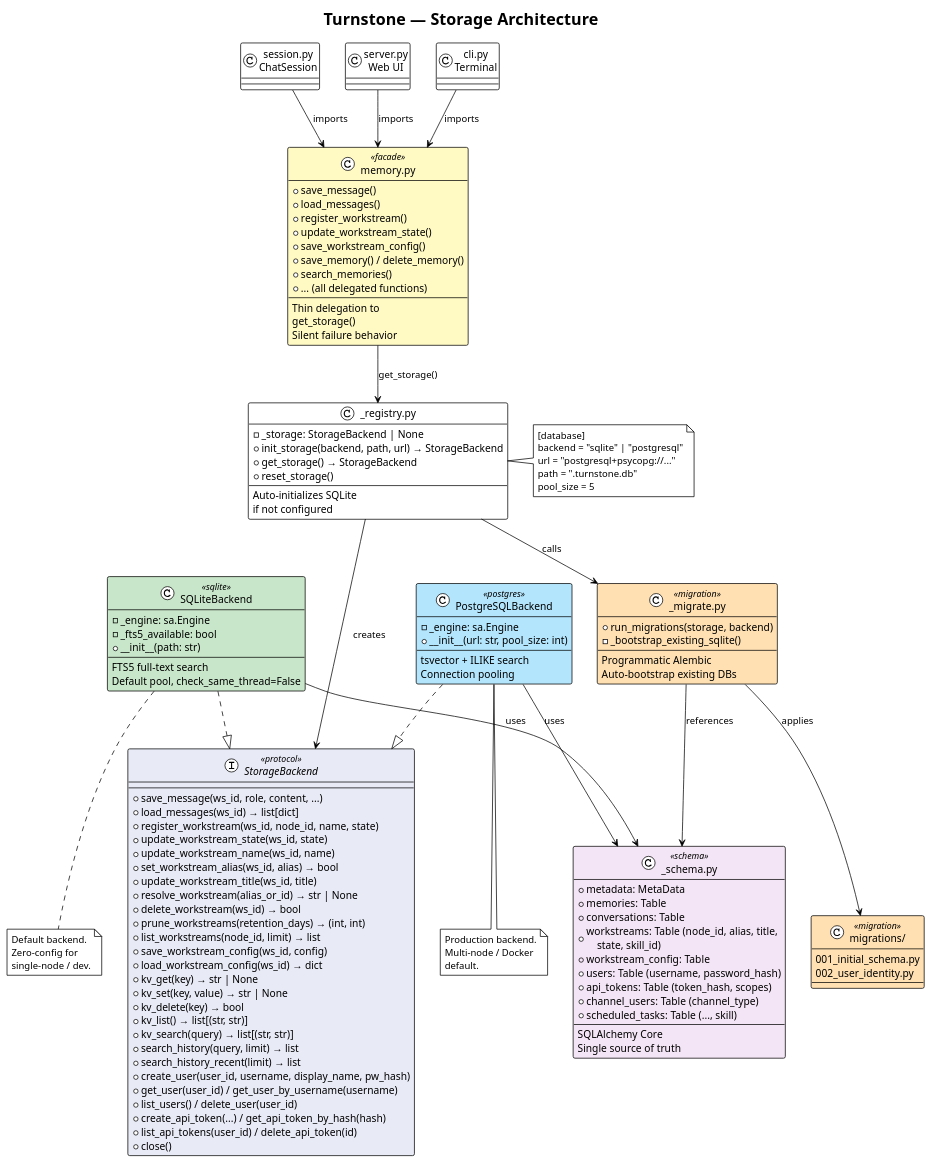
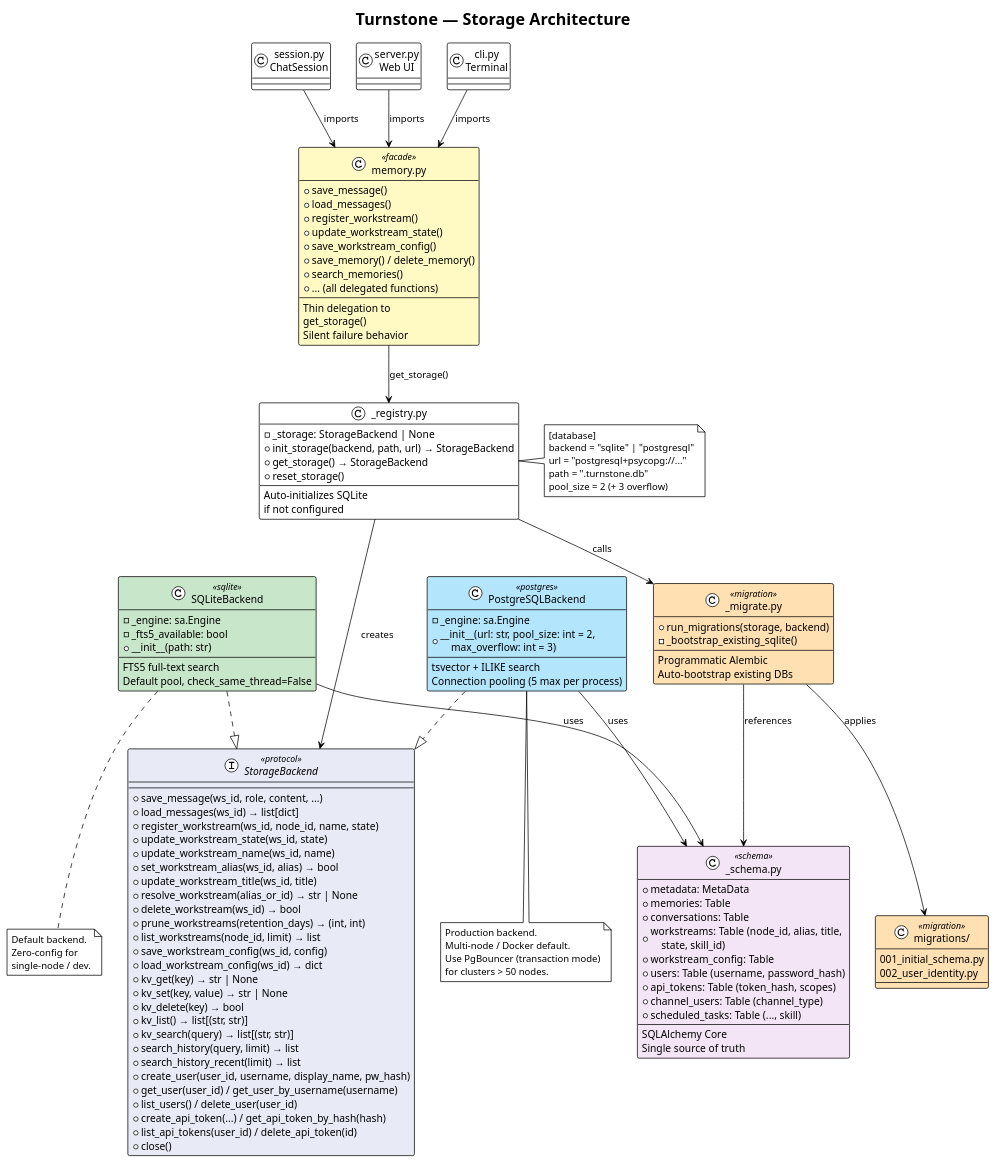
The diagram in docs/diagrams/14-storage-architecture.puml (turnstonelabs/turnstone), drawn with PlantUML before and after one commit. The commit also changed 26 other files, not shown here.

First line of the commit message:
feat: raise scaling limits for 1000-node clusters

```diff
--- a/docs/diagrams/14-storage-architecture.puml
+++ b/docs/diagrams/14-storage-architecture.puml
@@ -1,169 +1,170 @@
 @startuml
 !theme plain
 title Turnstone — Storage Architecture
 
 skinparam class {
     BackgroundColor<<protocol>> #E8EAF6
     BackgroundColor<<sqlite>> #C8E6C9
     BackgroundColor<<postgres>> #B3E5FC
     BackgroundColor<<facade>> #FFF9C4
     BackgroundColor<<migration>> #FFE0B2
     BackgroundColor<<schema>> #F3E5F5
 }
 
 ' -- Protocol --
 interface "StorageBackend" as SB <<protocol>> {
     +save_message(ws_id, role, content, ...)
     +load_messages(ws_id) → list[dict]
     +register_workstream(ws_id, node_id, name, state)
     +update_workstream_state(ws_id, state)
     +update_workstream_name(ws_id, name)
     +set_workstream_alias(ws_id, alias) → bool
     +update_workstream_title(ws_id, title)
     +resolve_workstream(alias_or_id) → str | None
     +delete_workstream(ws_id) → bool
     +prune_workstreams(retention_days) → (int, int)
     +list_workstreams(node_id, limit) → list
     +save_workstream_config(ws_id, config)
     +load_workstream_config(ws_id) → dict
     +kv_get(key) → str | None
     +kv_set(key, value) → str | None
     +kv_delete(key) → bool
     +kv_list() → list[(str, str)]
     +kv_search(query) → list[(str, str)]
     +search_history(query, limit) → list
     +search_history_recent(limit) → list
     +create_user(user_id, username, display_name, pw_hash)
     +get_user(user_id) / get_user_by_username(username)
     +list_users() / delete_user(user_id)
     +create_api_token(...) / get_api_token_by_hash(hash)
     +list_api_tokens(user_id) / delete_api_token(id)
     +close()
 }
 
 ' -- Backends --
 class "SQLiteBackend" as SQLite <<sqlite>> {
     -_engine: sa.Engine
     -_fts5_available: bool
     +__init__(path: str)
     --
     FTS5 full-text search
     Default pool, check_same_thread=False
 }
 
 class "PostgreSQLBackend" as PG <<postgres>> {
     -_engine: sa.Engine
-    +__init__(url: str, pool_size: int)
+    +__init__(url: str, pool_size: int = 2,\n    max_overflow: int = 3)
     --
     tsvector + ILIKE search
-    Connection pooling
+    Connection pooling (5 max per process)
 }
 
 ' -- Schema --
 class "_schema.py" as Schema <<schema>> {
     +metadata: MetaData
     +memories: Table
     +conversations: Table
     +workstreams: Table (node_id, alias, title,\n    state, skill_id)
     +workstream_config: Table
     +users: Table (username, password_hash)
     +api_tokens: Table (token_hash, scopes)
     +channel_users: Table (channel_type)
     +scheduled_tasks: Table (..., skill)
     --
     SQLAlchemy Core
     Single source of truth
 }
 
 ' -- Migration --
 class "_migrate.py" as Migrate <<migration>> {
     +run_migrations(storage, backend)
     -_bootstrap_existing_sqlite()
     --
     Programmatic Alembic
     Auto-bootstrap existing DBs
 }
 
 class "migrations/" as Versions <<migration>> {
     001_initial_schema.py
     002_user_identity.py
 }
 
 ' -- Registry --
 class "_registry.py" as Registry {
     -_storage: StorageBackend | None
     +init_storage(backend, path, url) → StorageBackend
     +get_storage() → StorageBackend
     +reset_storage()
     --
     Auto-initializes SQLite
     if not configured
 }
 
 ' -- Facade --
 class "memory.py" as Facade <<facade>> {
     +save_message()
     +load_messages()
     +register_workstream()
     +update_workstream_state()
     +save_workstream_config()
     +save_memory() / delete_memory()
     +search_memories()
     +... (all delegated functions)
     --
     Thin delegation to
     get_storage()
     Silent failure behavior
 }
 
 ' -- Consumers --
 class "session.py\nChatSession" as Session {
 }
 
 class "server.py\nWeb UI" as Server {
 }
 
 class "cli.py\nTerminal" as CLI {
 }
 
 ' -- Relationships --
 SQLite ..|> SB
 PG ..|> SB
 
 SQLite --> Schema : uses
 PG --> Schema : uses
 
 Registry --> SB : creates
 Registry --> Migrate : calls
 
 Migrate --> Versions : applies
 Migrate --> Schema : references
 
 Facade --> Registry : get_storage()
 
 Session --> Facade : imports
 Server --> Facade : imports
 CLI --> Facade : imports
 
 ' -- Config --
 note right of Registry
   [database]
   backend = "sqlite" | "postgresql"
   url = "postgresql+psycopg://..."
   path = ".turnstone.db"
-  pool_size = 5
+  pool_size = 2 (+ 3 overflow)
 end note
 
 note bottom of SQLite
   Default backend.
   Zero-config for
   single-node / dev.
 end note
 
 note bottom of PG
   Production backend.
-  Multi-node / Docker
-  default.
+  Multi-node / Docker default.
+  Use PgBouncer (transaction mode)
+  for clusters > 50 nodes.
 end note
 
 @enduml
```
